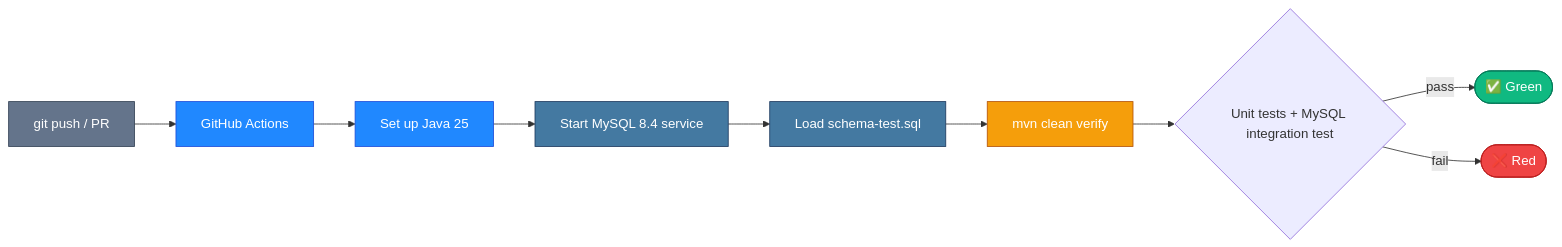
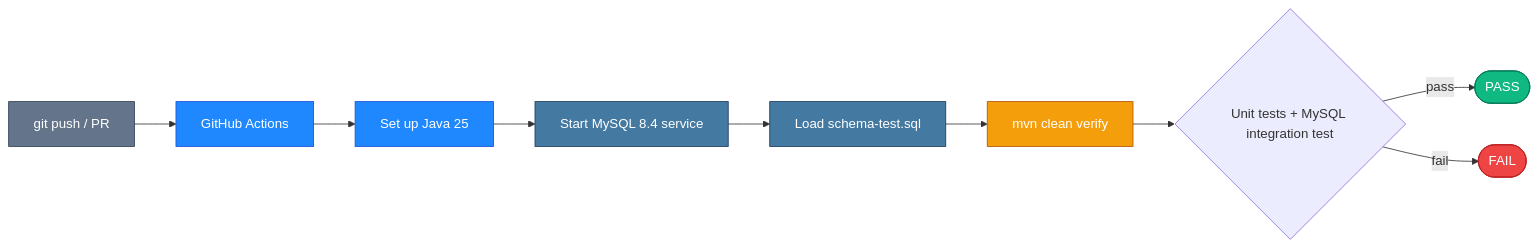
The fifth of 6 diagrams in README.md (vishweshwaranbalasundaram/Attend-IQ), drawn with Mermaid before and after one commit. The commit also changed other lines of this file, not shown here.

````diff
--- a/README.md
+++ b/README.md
@@ -261,18 +261,18 @@
 ```mermaid
 flowchart LR
     P[git push / PR]:::a --> W[GitHub Actions]:::b
     W --> J[Set up Java 25]:::b
     J --> M[Start MySQL 8.4 service]:::c
     M --> S[Load schema-test.sql]:::c
     S --> V[mvn clean verify]:::d
     V --> T{Unit tests + MySQL integration test}
-    T -- pass --> OK([✅ Green]):::ok
-    T -- fail --> NO([❌ Red]):::bad
+    T -- pass --> OK([PASS]):::ok
+    T -- fail --> NO([FAIL]):::bad
 
     classDef a fill:#64748b,stroke:#334155,color:#fff
     classDef b fill:#2088ff,stroke:#1d4ed8,color:#fff
     classDef c fill:#4479a1,stroke:#1e3a5f,color:#fff
     classDef d fill:#f59e0b,stroke:#b45309,color:#fff
     classDef ok fill:#10b981,stroke:#047857,color:#fff
     classDef bad fill:#ef4444,stroke:#b91c1c,color:#fff
 ```
````
